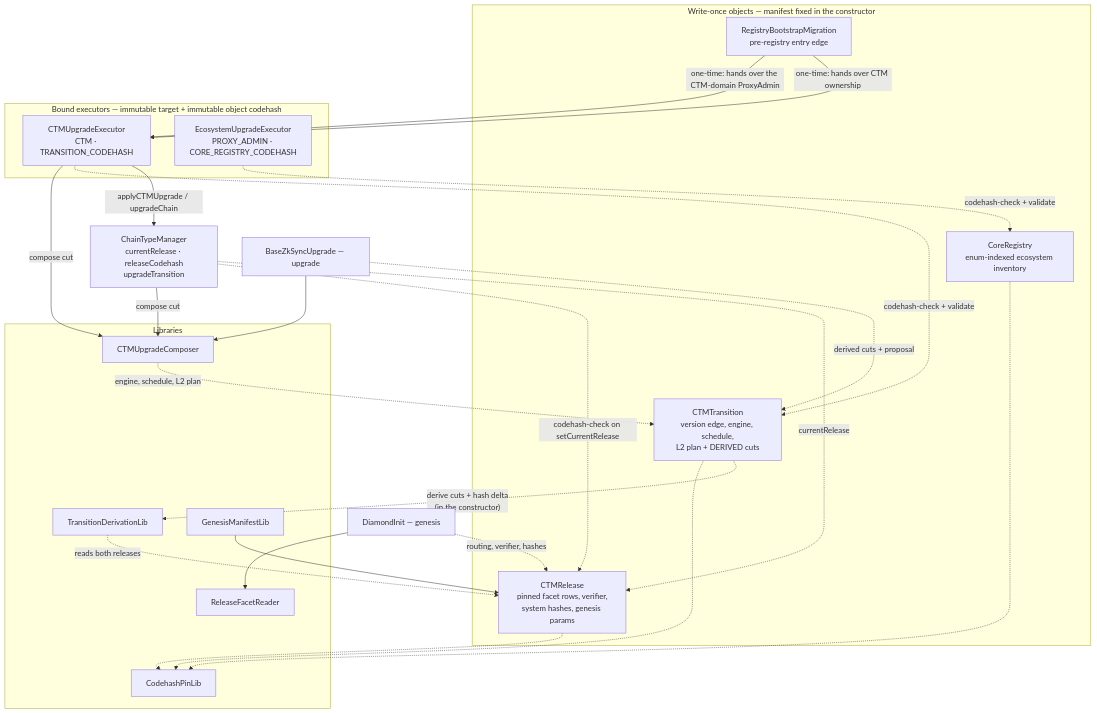
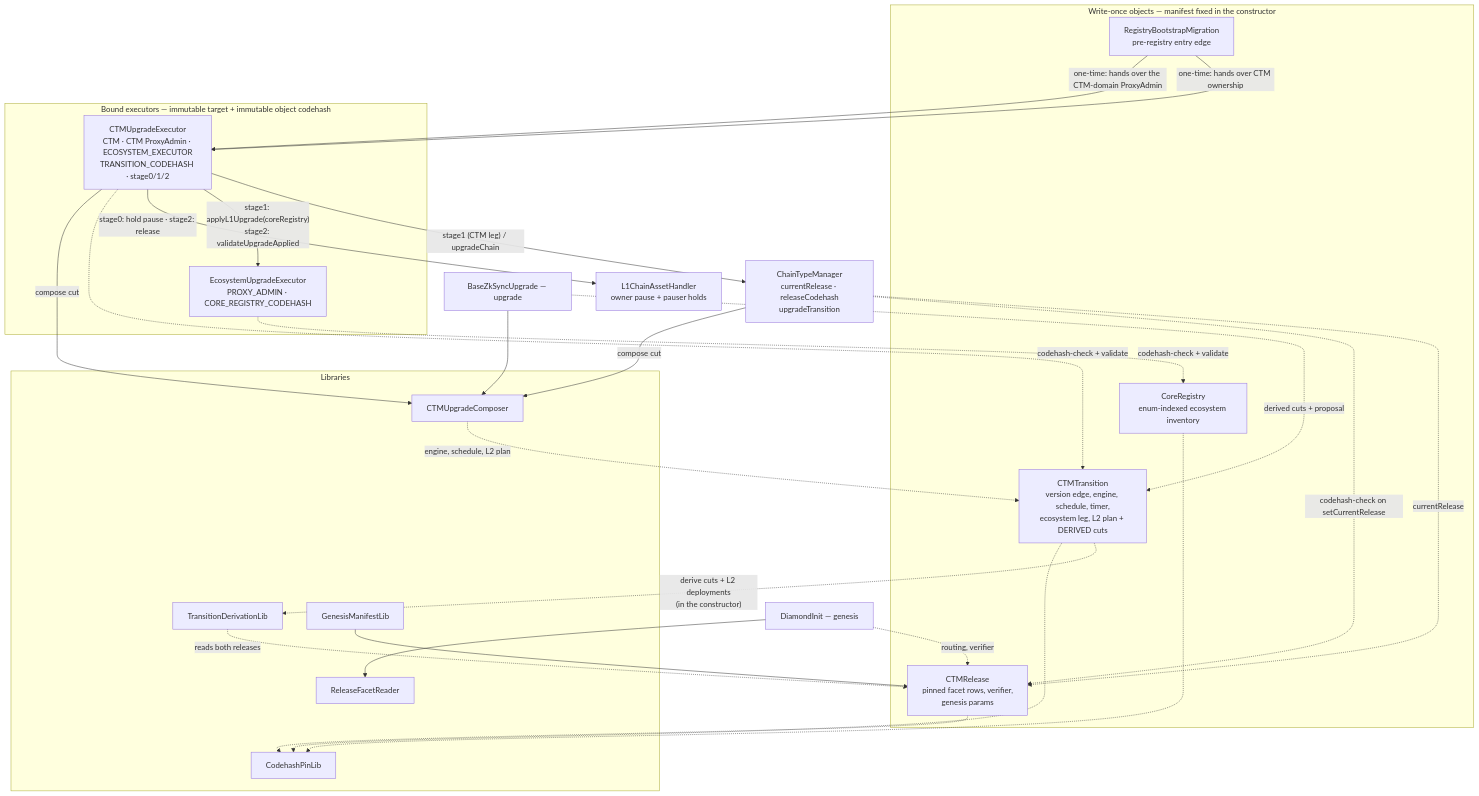
One commit to matter-labs/era-contracts changed the first of 3 diagrams in docs/registry-driven-upgrades.md. Above: the diagram before and after it, drawn with Mermaid. The commit also changed other lines of this file and 43 other files, not shown here.

Commit message:
feat: enforce registry upgrade lifecycle on chain

````diff
--- a/docs/registry-driven-upgrades.md
+++ b/docs/registry-driven-upgrades.md
@@ -97,51 +97,53 @@
 ```mermaid
 flowchart TB
     subgraph obj["Write-once objects — manifest fixed in the constructor"]
-      REL["CTMRelease<br/>pinned facet rows, verifier,<br/>system hashes, genesis params"]
-      TRA["CTMTransition<br/>version edge, engine, schedule,<br/>L2 plan + DERIVED cuts"]
+      REL["CTMRelease<br/>pinned facet rows, verifier,<br/>genesis params"]
+      TRA["CTMTransition<br/>version edge, engine, schedule, timer,<br/>ecosystem leg, L2 plan + DERIVED cuts"]
       CR["CoreRegistry<br/>enum-indexed ecosystem inventory"]
       BOOT["RegistryBootstrapMigration<br/>pre-registry entry edge"]
     end
 
     subgraph exe["Bound executors — immutable target + immutable object codehash"]
-      CE["CTMUpgradeExecutor<br/>CTM · TRANSITION_CODEHASH"]
+      CE["CTMUpgradeExecutor<br/>CTM · CTM ProxyAdmin · ECOSYSTEM_EXECUTOR<br/>TRANSITION_CODEHASH · stage0/1/2"]
       EE["EcosystemUpgradeExecutor<br/>PROXY_ADMIN · CORE_REGISTRY_CODEHASH"]
     end
 
     subgraph lib["Libraries"]
       TDL["TransitionDerivationLib"]
       RFR["ReleaseFacetReader"]
       CUC["CTMUpgradeComposer"]
       GML["GenesisManifestLib"]
       CPL["CodehashPinLib"]
     end
 
     CTM["ChainTypeManager<br/>currentRelease · releaseCodehash<br/>upgradeTransition"]
     DI["DiamondInit — genesis"]
     BZU["BaseZkSyncUpgrade — upgrade"]
 
     GML --> REL
-    TRA -. "derive cuts + hash delta<br/>(in the constructor)" .-> TDL
+    TRA -. "derive cuts + L2 deployments<br/>(in the constructor)" .-> TDL
     TDL -. "reads both releases" .-> REL
 
-    CE -- "applyCTMUpgrade / upgradeChain" --> CTM
+    CE -- "stage1 (CTM leg) / upgradeChain" --> CTM
+    CE -- "stage1: applyL1Upgrade(coreRegistry)<br/>stage2: validateUpgradeApplied" --> EE
+    CE -- "stage0: hold pause · stage2: release" --> CAH["L1ChainAssetHandler<br/>owner pause + pauser holds"]
     CE -. "codehash-check + validate" .-> TRA
     EE -. "codehash-check + validate" .-> CR
     BOOT -- "one-time: hands over CTM ownership" --> CE
     BOOT -- "one-time: hands over the CTM-domain ProxyAdmin" --> CE
 
     CTM -. currentRelease .-> REL
     CTM -. "codehash-check on setCurrentRelease" .-> REL
     CTM -- "compose cut" --> CUC
     CE -- "compose cut" --> CUC
     CUC -. "engine, schedule, L2 plan" .-> TRA
 
-    DI -. "routing, verifier, hashes" .-> REL
+    DI -. "routing, verifier" .-> REL
     DI --> RFR
     BZU -. "derived cuts + proposal" .-> TRA
     BZU --> CUC
 
     REL -.-> CPL
     TRA -.-> CPL
     CR -.-> CPL
 ```
````
